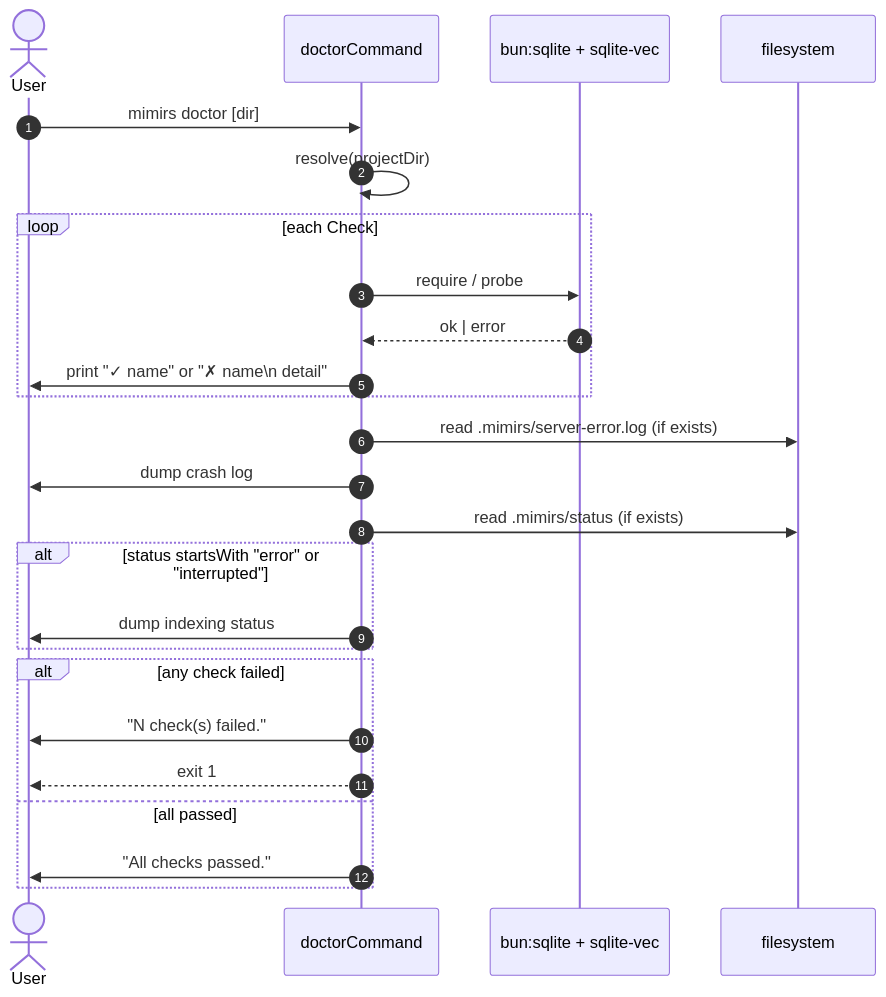
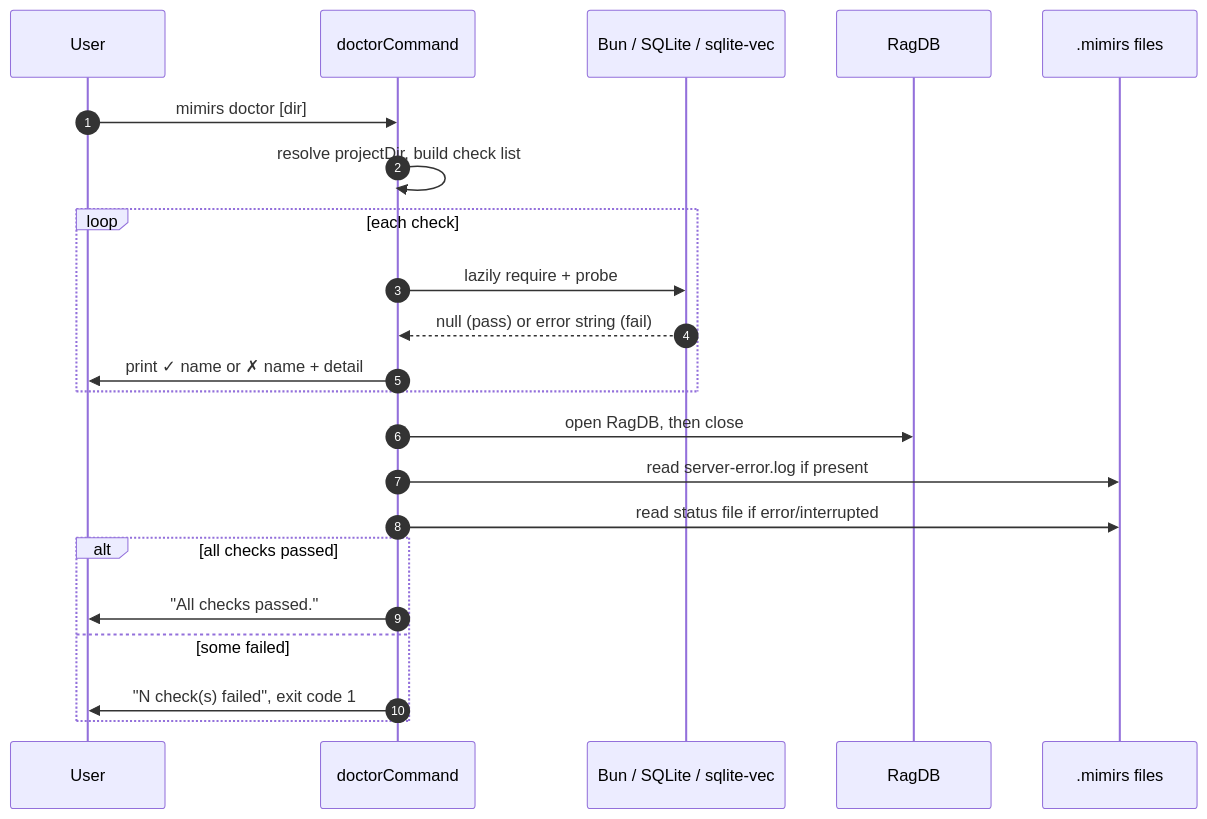
Before and after one commit to TheWinci/mimirs: the diagram in wiki/cli/doctor.md, drawn with Mermaid. The commit also changed other lines of this file and 52 other files, not shown here.

````diff
--- a/wiki/cli/doctor.md
+++ b/wiki/cli/doctor.md
@@ -9,28 +11,24 @@
 ```mermaid
 sequenceDiagram
     autonumber
-    actor User
+    participant User
     participant Cmd as doctorCommand
-    participant Native as bun:sqlite + sqlite-vec
-    participant FS as filesystem
-
+    participant Native as Bun / SQLite / sqlite-vec
+    participant DB as RagDB
+    participant Logs as .mimirs files
     User->>Cmd: mimirs doctor [dir]
-    Cmd->>Cmd: resolve(projectDir)
-    loop each Check
-        Cmd->>Native: require / probe
-        Native-->>Cmd: ok | error
-        Cmd->>User: print "✓ name" or "✗ name\n  detail"
+    Cmd->>Cmd: resolve projectDir, build check list
+    loop each check
+        Cmd->>Native: lazily require + probe
+        Native-->>Cmd: null (pass) or error string (fail)
+        Cmd->>User: print ✓ name or ✗ name + detail
     end
-    Cmd->>FS: read .mimirs/server-error.log (if exists)
-    Cmd->>User: dump crash log
-    Cmd->>FS: read .mimirs/status (if exists)
-    alt status startsWith "error" or "interrupted"
-        Cmd->>User: dump indexing status
-    end
-    alt any check failed
-        Cmd->>User: "N check(s) failed."
-        Cmd-->>User: exit 1
-    else all passed
+    Cmd->>DB: open RagDB, then close
+    Cmd->>Logs: read server-error.log if present
+    Cmd->>Logs: read status file if error/interrupted
+    alt all checks passed
         Cmd->>User: "All checks passed."
+    else some failed
+        Cmd->>User: "N check(s) failed", exit code 1
     end
 ```
````
